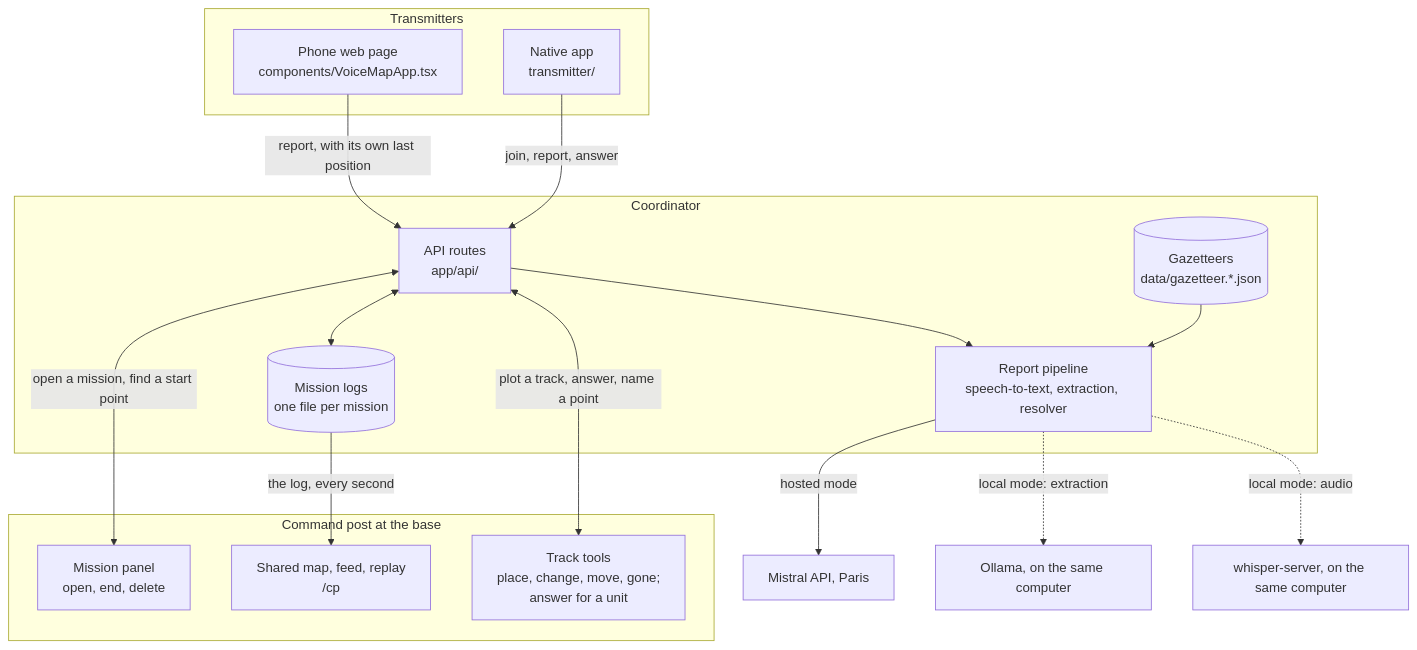
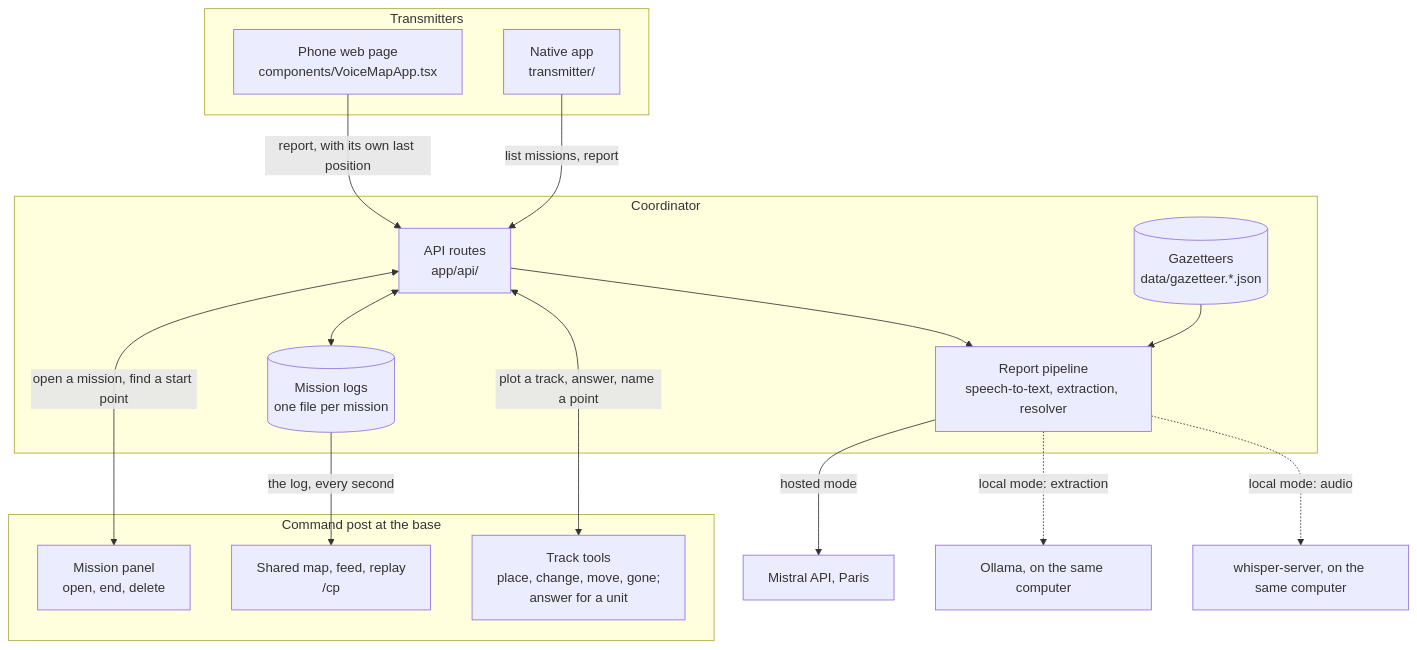
One commit to adam2765/edth-hackathon changed the first of 4 diagrams in docs/architecture.md. Above: the diagram before and after it, drawn with Mermaid. The commit also changed other lines of this file and 22 other files, not shown here.

````diff
--- a/docs/architecture.md
+++ b/docs/architecture.md
@@ -20,36 +20,36 @@
 ```mermaid
 flowchart TB
     subgraph TX["Transmitters"]
         WEB["Phone web page<br/>components/VoiceMapApp.tsx"]
         NAT["Native app<br/>transmitter/"]
     end
 
     subgraph CO["Coordinator"]
         API["API routes<br/>app/api/"]
         PIPE["Report pipeline<br/>speech-to-text, extraction, resolver"]
         GAZ[("Gazetteers<br/>data/gazetteer.*.json")]
         LOG[("Mission logs<br/>one file per mission")]
     end
 
     subgraph RX["Command post at the base"]
         PANEL["Mission panel<br/>open, end, delete"]
         VIEW["Shared map, feed, replay<br/>/cp"]
         TOOLS["Track tools<br/>place, change, move, gone;<br/>answer for a unit"]
     end
 
     MIS["Mistral API, Paris"]
     OLL["Ollama, on the same computer"]
     WSP["whisper-server, on the same computer"]
 
     WEB -- "report, with its own last position" --> API
-    NAT -- "join, report, answer" --> API
+    NAT -- "list missions, report" --> API
     API --> PIPE
     GAZ --> PIPE
     API <--> LOG
     PIPE -- "hosted mode" --> MIS
     PIPE -. "local mode: extraction" .-> OLL
     PIPE -. "local mode: audio" .-> WSP
     LOG -- "the log, every second" --> VIEW
     API <-- "open a mission, find a start point" --> PANEL
     API <-- "plot a track, answer, name a point" --> TOOLS
 ```
````
